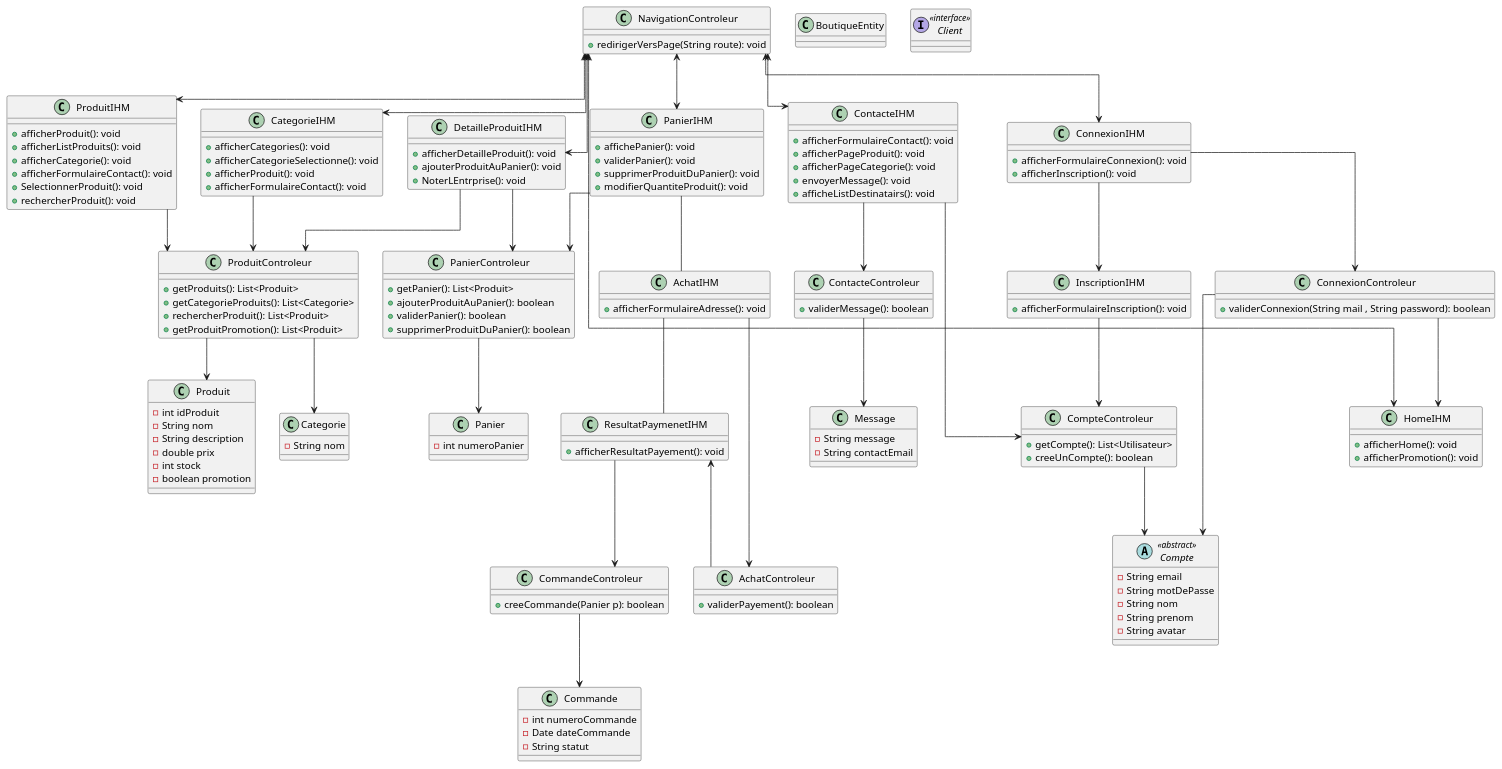
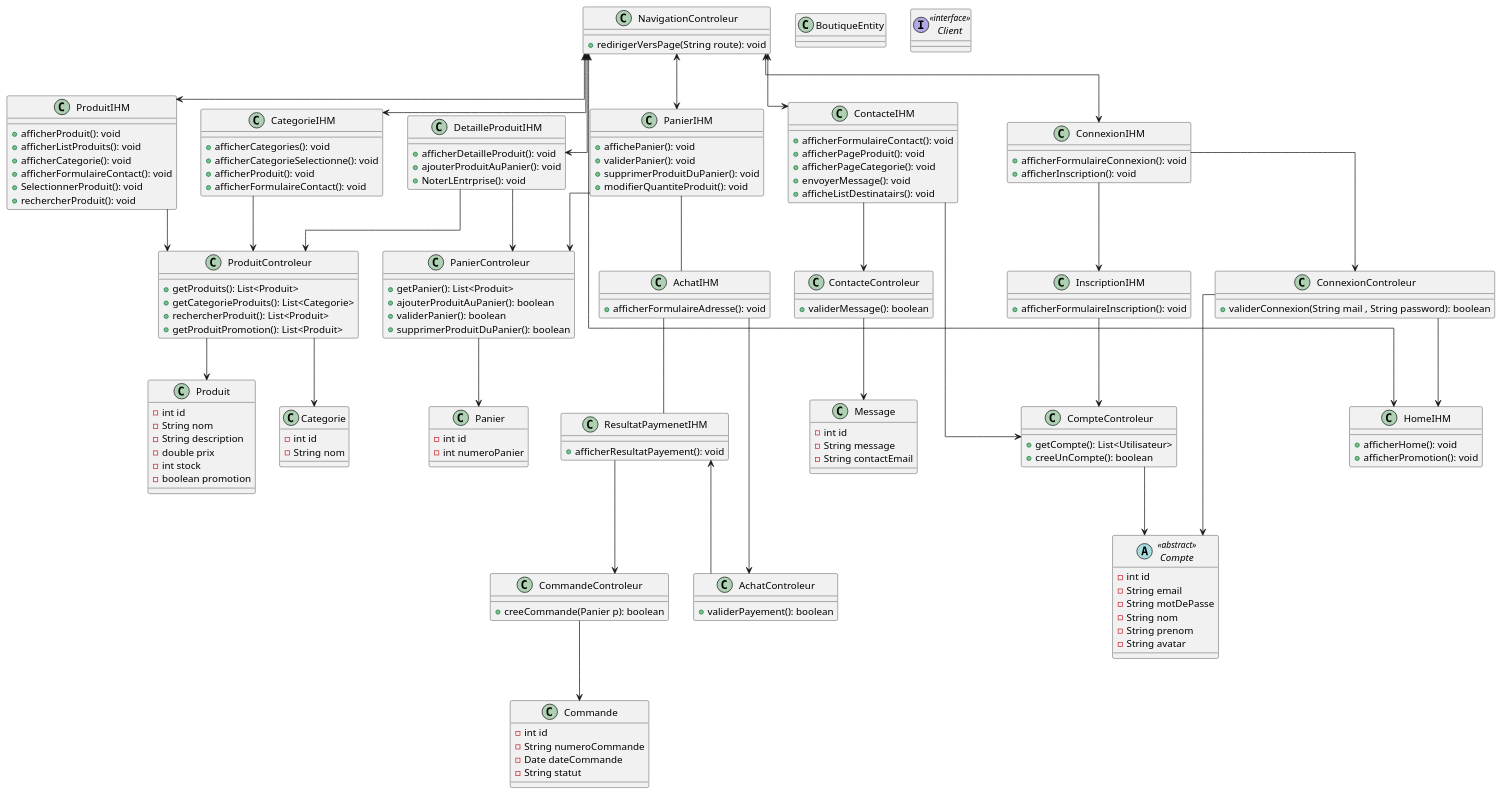
Before and after one commit to MehediT/BoutiqueLigneAudiovisuels: the diagram in Class/ClassDiagramParticipante_User_Visitor.puml, drawn with PlantUML. The commit also changed 2 other files, not shown here.

Commit message:
remove methode for class diagram add id for class

```diff
--- a/Class/ClassDiagramParticipante_User_Visitor.puml
+++ b/Class/ClassDiagramParticipante_User_Visitor.puml
@@ -179,15 +179,12 @@
 
 InscriptionIHM --> CompteControleur
 
-
-
-
 class BoutiqueEntity {
-
 
 }
 
 abstract class Compte <<abstract>> {
+    - int id
     - String email
     - String motDePasse
     - String nom
@@ -202,35 +199,36 @@
 
 
 class Produit {
-    - int idProduit
+    - int id
     - String nom
     - String description
     - double prix
     - int stock
     - boolean promotion
-
 }
 
 class Commande {
-    - int numeroCommande
+    - int id
+    - String numeroCommande
     - Date dateCommande
     - String statut
 }
 
 class Panier {
+    - int id
     - int numeroPanier
-
 }
 
 class Categorie {
+    - int id
     - String nom
-
 }
 '
 ''------------------------------------------------
 'Relations
 
 class Message {
+    - int id
     - String message
     - String contactEmail
 }
```
